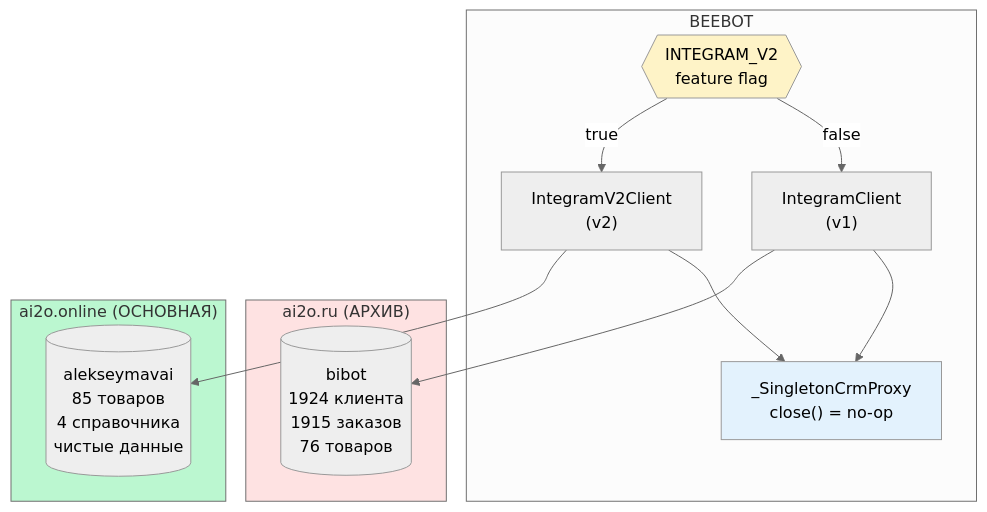
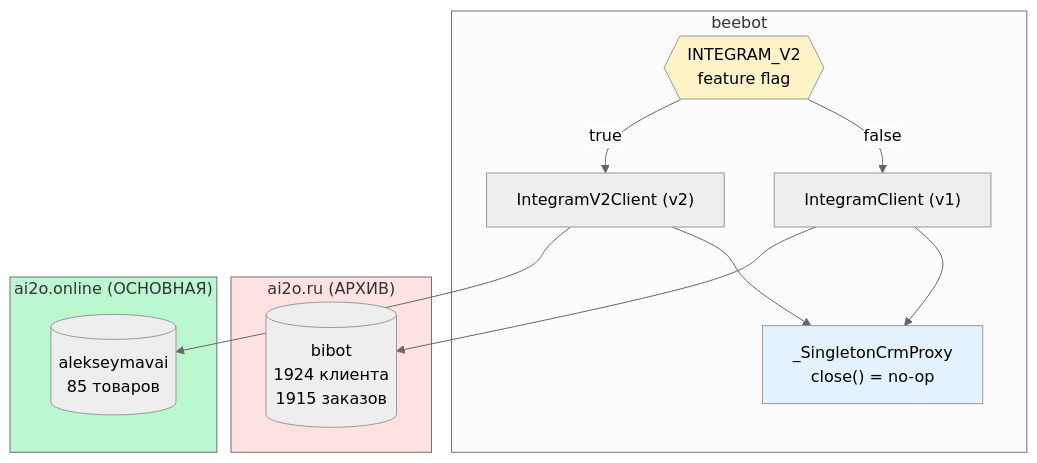
One commit to unidel2035/BEEBOT changed the tenth of 15 diagrams in docs/architecture.md. Above: the diagram before and after it, drawn with Mermaid (neutral theme). The commit also changed other lines of this file, not shown here.

First line of the commit message:
docs: переписать architecture.md под unified process

````diff
--- a/docs/architecture.md
+++ b/docs/architecture.md
@@ -417,26 +422,26 @@
 ```mermaid
 graph TB
-    subgraph APP["BEEBOT"]
+    subgraph APP["beebot"]
         FF{{"INTEGRAM_V2<br/>feature flag"}}
-        V1_CL["IntegramClient<br/>(v1)"]
-        V2_CL["IntegramV2Client<br/>(v2)"]
+        V1_CL["IntegramClient (v1)"]
+        V2_CL["IntegramV2Client (v2)"]
         PROXY["_SingletonCrmProxy<br/>close() = no-op"]
     end
 
     subgraph V1["ai2o.ru (АРХИВ)"]
-        V1_DB[("bibot<br/>1924 клиента<br/>1915 заказов<br/>76 товаров")]
+        V1_DB[("bibot<br/>1924 клиента<br/>1915 заказов")]
     end
 
     subgraph V2["ai2o.online (ОСНОВНАЯ)"]
-        V2_DB[("alekseymavai<br/>85 товаров<br/>4 справочника<br/>чистые данные")]
+        V2_DB[("alekseymavai<br/>85 товаров")]
     end
 
     FF -->|"true"| V2_CL --> V2_DB
     FF -->|"false"| V1_CL --> V1_DB
     V1_CL & V2_CL --> PROXY
 
     style V1 fill:#fee2e2
     style V2 fill:#bbf7d0
     style FF fill:#fef3c7
     style PROXY fill:#e3f2fd
 ```
````
